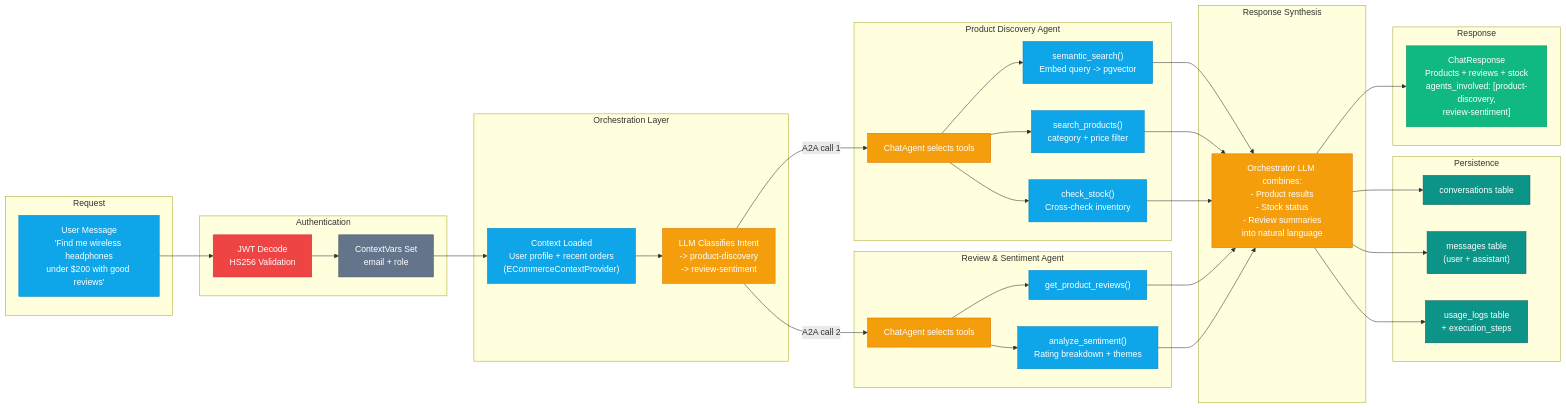
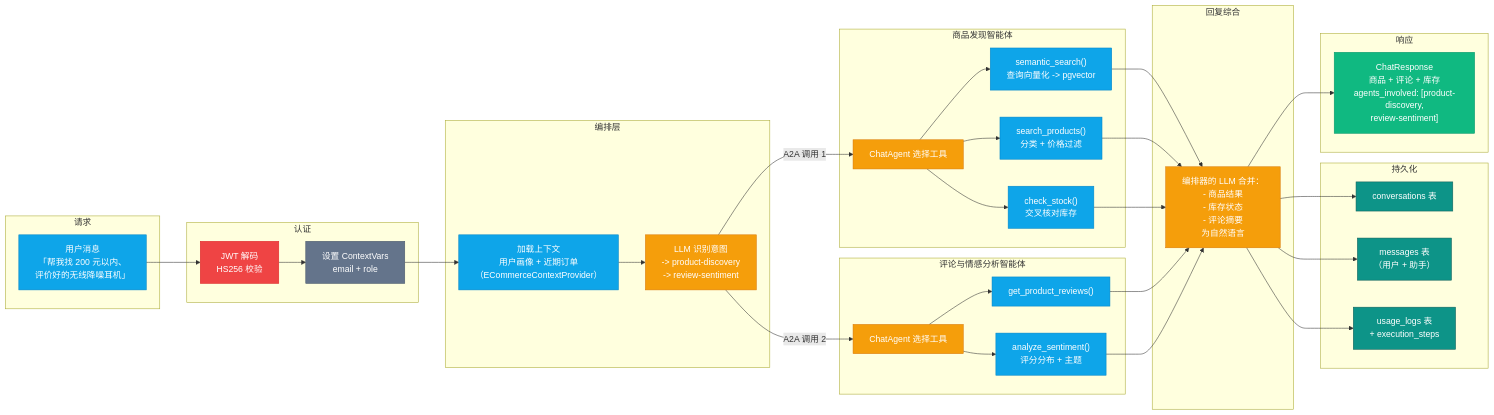
One commit to s1encisi/reliable-commerce-agents changed the seventh of 7 diagrams in docs/architecture.md. Above: the diagram before and after it, drawn with Mermaid. The commit also changed other lines of this file and 1033 other files, not shown here.

````diff
--- a/docs/architecture.md
+++ b/docs/architecture.md
@@ -365,44 +365,44 @@
 ```mermaid
 flowchart LR
-    subgraph Input["Request"]
-        USER_MSG["User Message<br/>'Find me wireless headphones<br/>under $200 with good reviews'"]
+    subgraph Input["请求"]
+        USER_MSG["用户消息<br/>「帮我找 200 元以内、<br/>评价好的无线降噪耳机」"]
     end
 
-    subgraph Auth["Authentication"]
-        JWT_CHECK["JWT Decode<br/>HS256 Validation"]
-        CTX_SET["ContextVars Set<br/>email + role"]
+    subgraph Auth["认证"]
+        JWT_CHECK["JWT 解码<br/>HS256 校验"]
+        CTX_SET["设置 ContextVars<br/>email + role"]
     end
 
-    subgraph Orchestration["Orchestration Layer"]
-        CTX_LOAD["Context Loaded<br/>User profile + recent orders<br/>(ECommerceContextProvider)"]
-        LLM_ROUTE["LLM Classifies Intent<br/>-> product-discovery<br/>-> review-sentiment"]
+    subgraph Orchestration["编排层"]
+        CTX_LOAD["加载上下文<br/>用户画像 + 近期订单<br/>（ECommerceContextProvider）"]
+        LLM_ROUTE["LLM 识别意图<br/>-> product-discovery<br/>-> review-sentiment"]
     end
 
-    subgraph A2A_1["Product Discovery Agent"]
-        PD_LLM["ChatAgent selects tools"]
-        PD_SEARCH["semantic_search()<br/>Embed query -> pgvector"]
-        PD_FILTER["search_products()<br/>category + price filter"]
-        PD_STOCK["check_stock()<br/>Cross-check inventory"]
+    subgraph A2A_1["商品发现智能体"]
+        PD_LLM["ChatAgent 选择工具"]
+        PD_SEARCH["semantic_search()<br/>查询向量化 -> pgvector"]
+        PD_FILTER["search_products()<br/>分类 + 价格过滤"]
+        PD_STOCK["check_stock()<br/>交叉核对库存"]
     end
 
-    subgraph A2A_2["Review & Sentiment Agent"]
-        RS_LLM["ChatAgent selects tools"]
+    subgraph A2A_2["评论与情感分析智能体"]
+        RS_LLM["ChatAgent 选择工具"]
         RS_REVIEWS["get_product_reviews()"]
-        RS_SENT["analyze_sentiment()<br/>Rating breakdown + themes"]
+        RS_SENT["analyze_sentiment()<br/>评分分布 + 主题"]
     end
 
-    subgraph Synthesis["Response Synthesis"]
-        COMBINE["Orchestrator LLM combines:<br/>- Product results<br/>- Stock status<br/>- Review summaries<br/>into natural language"]
+    subgraph Synthesis["回复综合"]
+        COMBINE["编排器的 LLM 合并：<br/>- 商品结果<br/>- 库存状态<br/>- 评论摘要<br/>为自然语言"]
     end
 
-    subgraph Persist["Persistence"]
-        CONV["conversations table"]
-        MSG["messages table<br/>(user + assistant)"]
-        USAGE["usage_logs table<br/>+ execution_steps"]
+    subgraph Persist["持久化"]
+        CONV["conversations 表"]
+        MSG["messages 表<br/>（用户 + 助手）"]
+        USAGE["usage_logs 表<br/>+ execution_steps"]
     end
 
-    subgraph Output["Response"]
-        RESP["ChatResponse<br/>Products + reviews + stock<br/>agents_involved: [product-discovery,<br/>review-sentiment]"]
+    subgraph Output["响应"]
+        RESP["ChatResponse<br/>商品 + 评论 + 库存<br/>agents_involved: [product-discovery,<br/>review-sentiment]"]
     end
 
     USER_MSG --> JWT_CHECK
@@ -410,12 +410,12 @@
     CTX_SET --> CTX_LOAD
     CTX_LOAD --> LLM_ROUTE
 
-    LLM_ROUTE -->|"A2A call 1"| PD_LLM
+    LLM_ROUTE -->|"A2A 调用 1"| PD_LLM
     PD_LLM --> PD_SEARCH
     PD_LLM --> PD_FILTER
     PD_LLM --> PD_STOCK
 
-    LLM_ROUTE -->|"A2A call 2"| RS_LLM
+    LLM_ROUTE -->|"A2A 调用 2"| RS_LLM
     RS_LLM --> RS_REVIEWS
     RS_LLM --> RS_SENT
 
````
